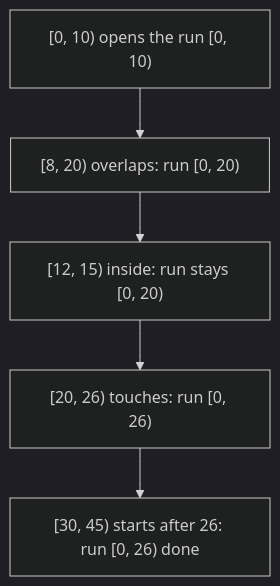
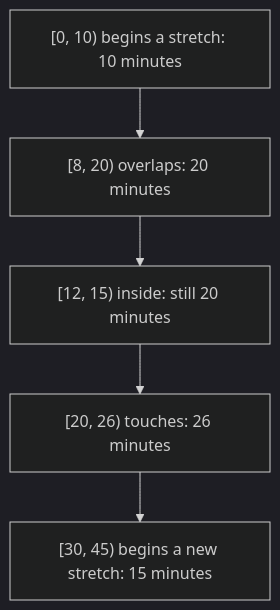
The first of 2 diagrams in guides/intervals/guide.md (bkuberek/coding-study), drawn with Mermaid (dark theme) before and after one commit. The commit also changed other lines of this file and 3 other files, not shown here.

````diff
--- a/guides/intervals/guide.md
+++ b/guides/intervals/guide.md
@@ -85,9 +76,9 @@
 ```mermaid
 flowchart TD
-  accTitle: Growing the first run
-  accDescr: The segment from 0 to 10 opens a run. The segment from 8 to 20 overlaps it, so the run reaches 20. The segment from 12 to 15 lies inside, so the run still ends at 20. The segment from 20 to 26 starts exactly where the run ends, so the run reaches 26. The segment from 30 to 45 starts after 26, so the run from 0 to 26 is complete.
-  a["[0, 10) opens the run [0, 10)"] --> b["[8, 20) overlaps: run [0, 20)"]
-  b --> c["[12, 15) inside: run stays [0, 20)"]
-  c --> d["[20, 26) touches: run [0, 26)"]
-  d --> e["[30, 45) starts after 26: run [0, 26) done"]
+  accTitle: Timing the first stretch
+  accDescr: The segment from 0 to 10 begins a stretch of 10 minutes. The segment from 8 to 20 overlaps it, so the stretch lasts 20 minutes. The segment from 12 to 15 lies inside, so it still lasts 20. The segment from 20 to 26 starts exactly where the stretch reaches, so it lasts 26. The segment from 30 to 45 begins a new stretch of 15 minutes.
+  a["[0, 10) begins a stretch: 10 minutes"] --> b["[8, 20) overlaps: 20 minutes"]
+  b --> c["[12, 15) inside: still 20 minutes"]
+  c --> d["[20, 26) touches: 26 minutes"]
+  d --> e["[30, 45) begins a new stretch: 15 minutes"]
 ```
````
